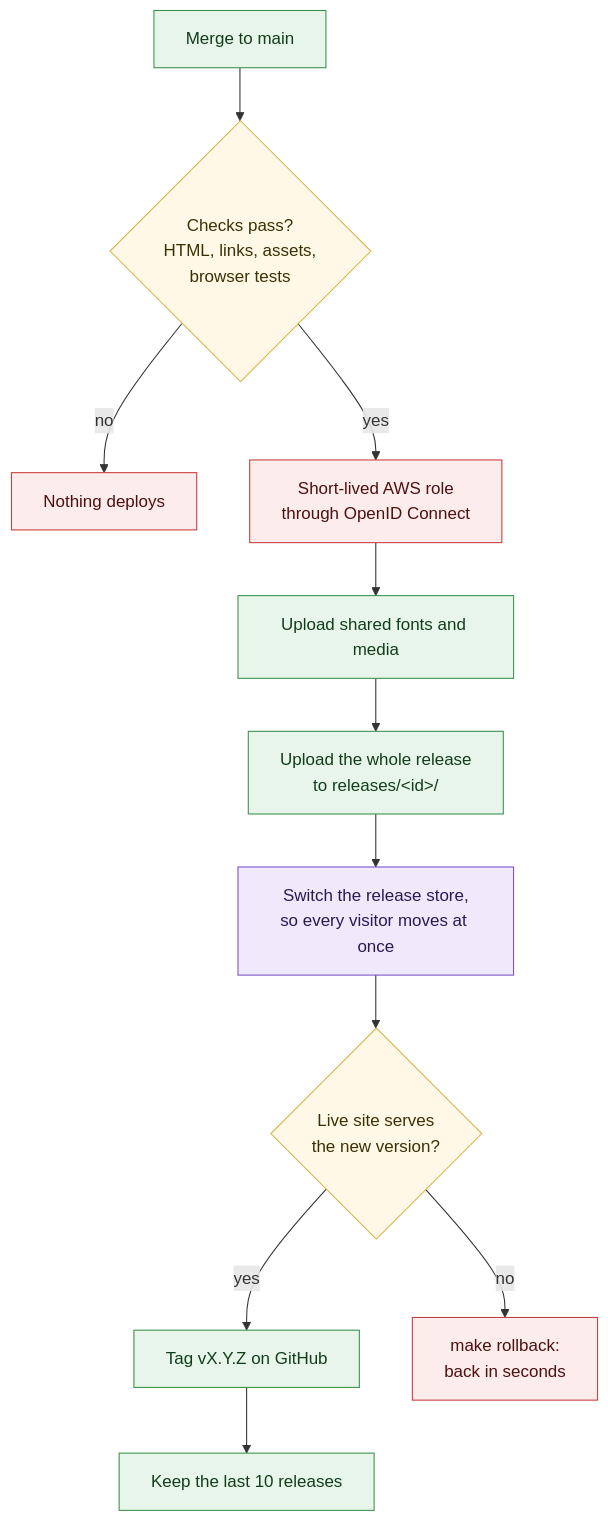
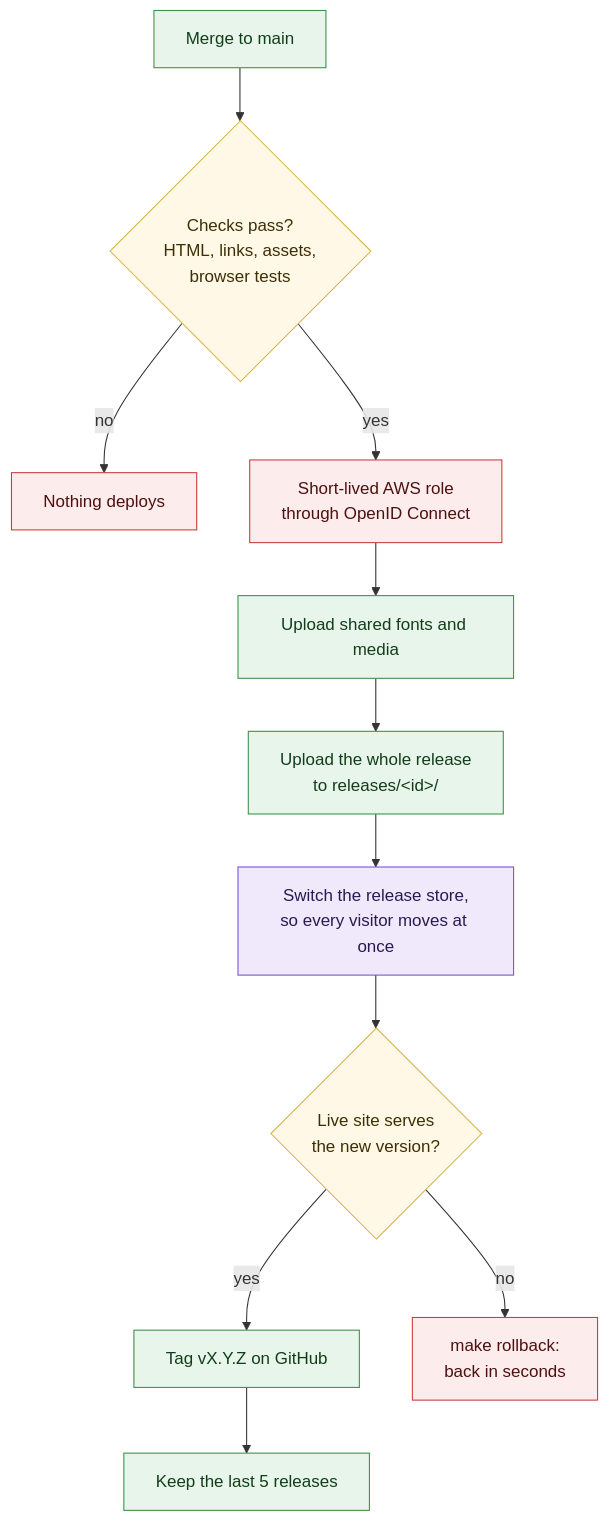
The seventh of 9 diagrams in corpus/company/architecture.md (neon1llc/neon1-corpus), drawn with Mermaid before and after one commit. The commit also changed 14 other files, not shown here.

````diff
--- a/corpus/company/architecture.md
+++ b/corpus/company/architecture.md
@@ -209,20 +209,20 @@
 ```mermaid
 %% alt: Flowchart of a site deploy. A change is merged to main on GitHub. GitHub Actions runs the checks: HTML, links, the asset manifest, and browser tests. If any fail, nothing is deployed. If they pass, the job gets short-lived AWS credentials through OpenID Connect, uploads shared fonts and media, uploads the whole release into its own folder, and then switches the release store to it, so every visitor moves at once. It confirms the live site serves the new version, tags the release, and keeps the last ten releases for a one-step rollback.
 flowchart TD
   merge["Merge to main"]:::step --> checks{"Checks pass?<br/>HTML, links, assets,<br/>browser tests"}:::decision
   checks -->|no| stop["Nothing deploys"]:::stop
   checks -->|yes| oidc["Short-lived AWS role<br/>through OpenID Connect"]:::security
   oidc --> shared["Upload shared fonts and media"]:::step
   shared --> release["Upload the whole release<br/>to releases/&lt;id&gt;/"]:::step
   release --> switch["Switch the release store,<br/>so every visitor moves at once"]:::network
   switch --> verify{"Live site serves<br/>the new version?"}:::decision
   verify -->|yes| tag["Tag vX.Y.Z on GitHub"]:::step
   verify -->|no| rollback["make rollback:<br/>back in seconds"]:::stop
-  tag --> keep["Keep the last 10 releases"]:::step
+  tag --> keep["Keep the last 5 releases"]:::step
 
   classDef step fill:#e8f5ea,stroke:#3b8f4a,color:#123d1b
   classDef decision fill:#fff8e6,stroke:#d9b44a,color:#3d2f05
   classDef stop fill:#fdecec,stroke:#c83b3b,color:#4d1010
   classDef security fill:#fdecec,stroke:#c83b3b,color:#4d1010
   classDef network fill:#efe9fb,stroke:#7a4fd0,color:#2b1a52
 ```
````
